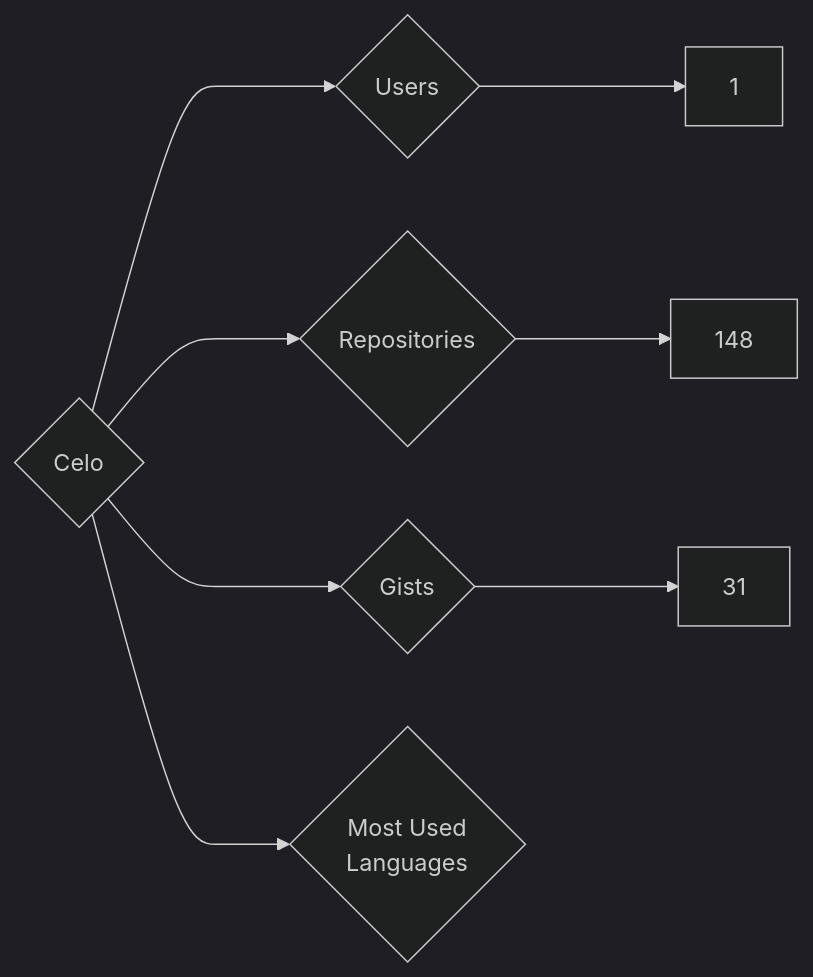
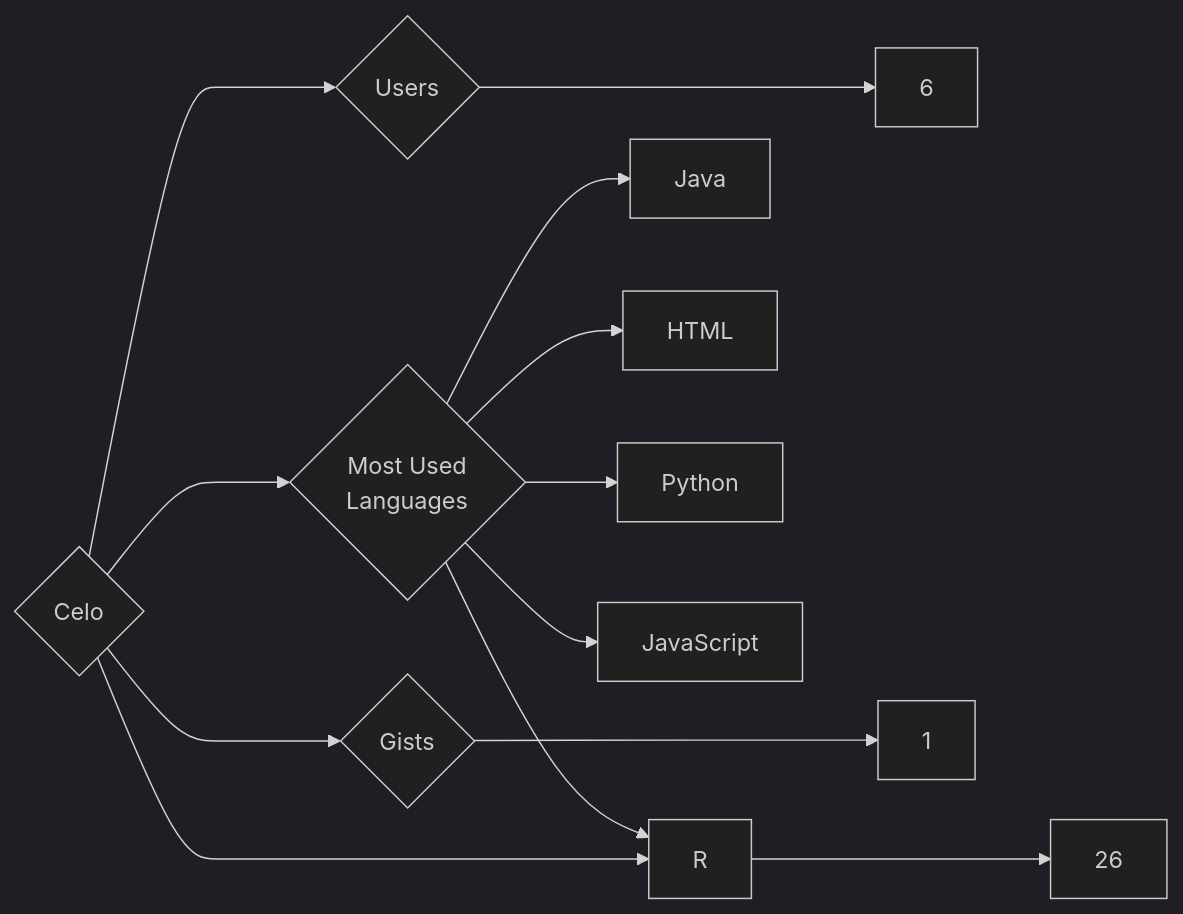
The diagram in targets/Celo/README.md (trickest/insiders), drawn with Mermaid (dark theme) before and after one commit. The commit also changed 925 other files, not shown here.

````diff
--- a/targets/Celo/README.md
+++ b/targets/Celo/README.md
@@ -3,8 +3,13 @@
 ```mermaid
 graph LR
 COMPANY_NAME{Celo}
-COMPANY_NAME ---> U{Users} ---> UN[1]
-COMPANY_NAME ---> R{Repositories} ---> RN[148]
-COMPANY_NAME ---> G{Gists} ---> GN[31]
+COMPANY_NAME ---> U{Users} ---> UN[6]
+COMPANY_NAME ---> R{Repositories} ---> RN[26]
+COMPANY_NAME ---> G{Gists} ---> GN[1]
 COMPANY_NAME ---> ML{Most Used<br>Languages}
+ML --> Java[Java]
+ML --> HTML[HTML]
+ML --> R[R]
+ML --> Python[Python]
+ML --> JavaScript[JavaScript]
 ```
````
